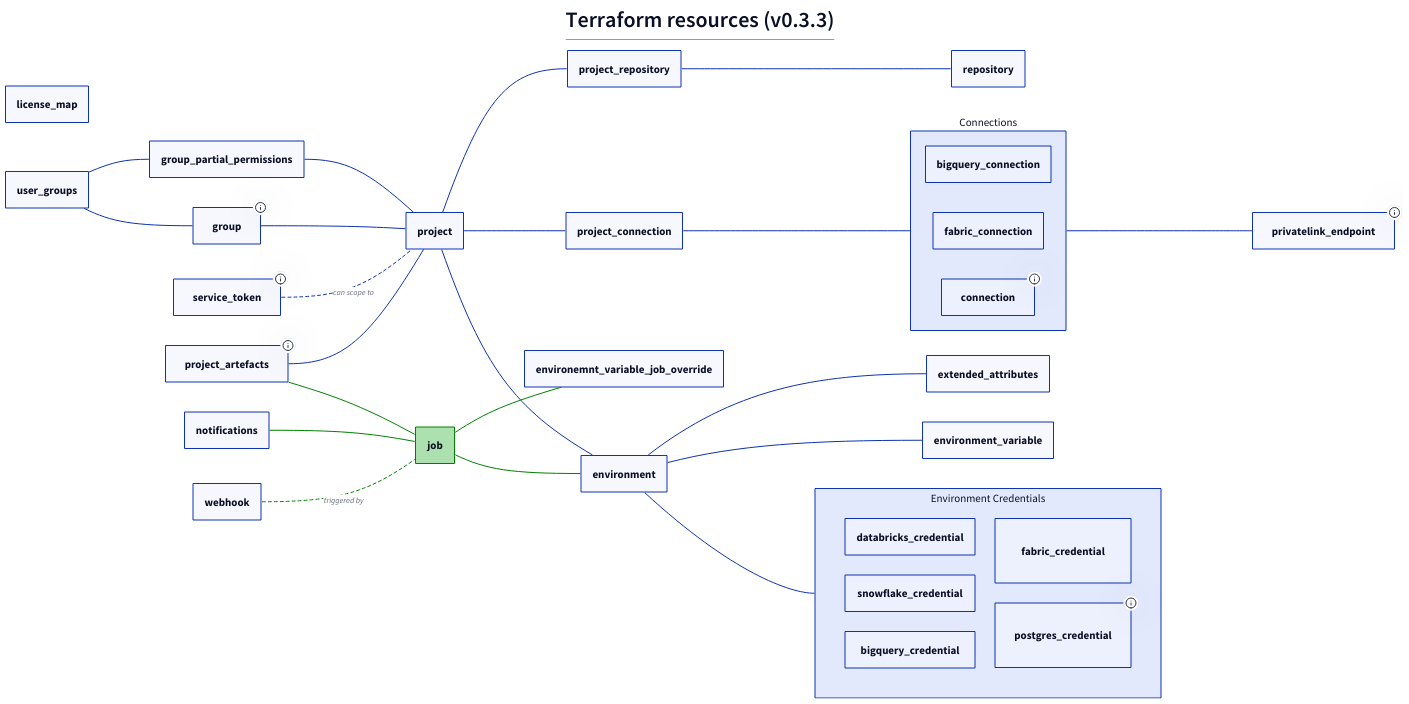
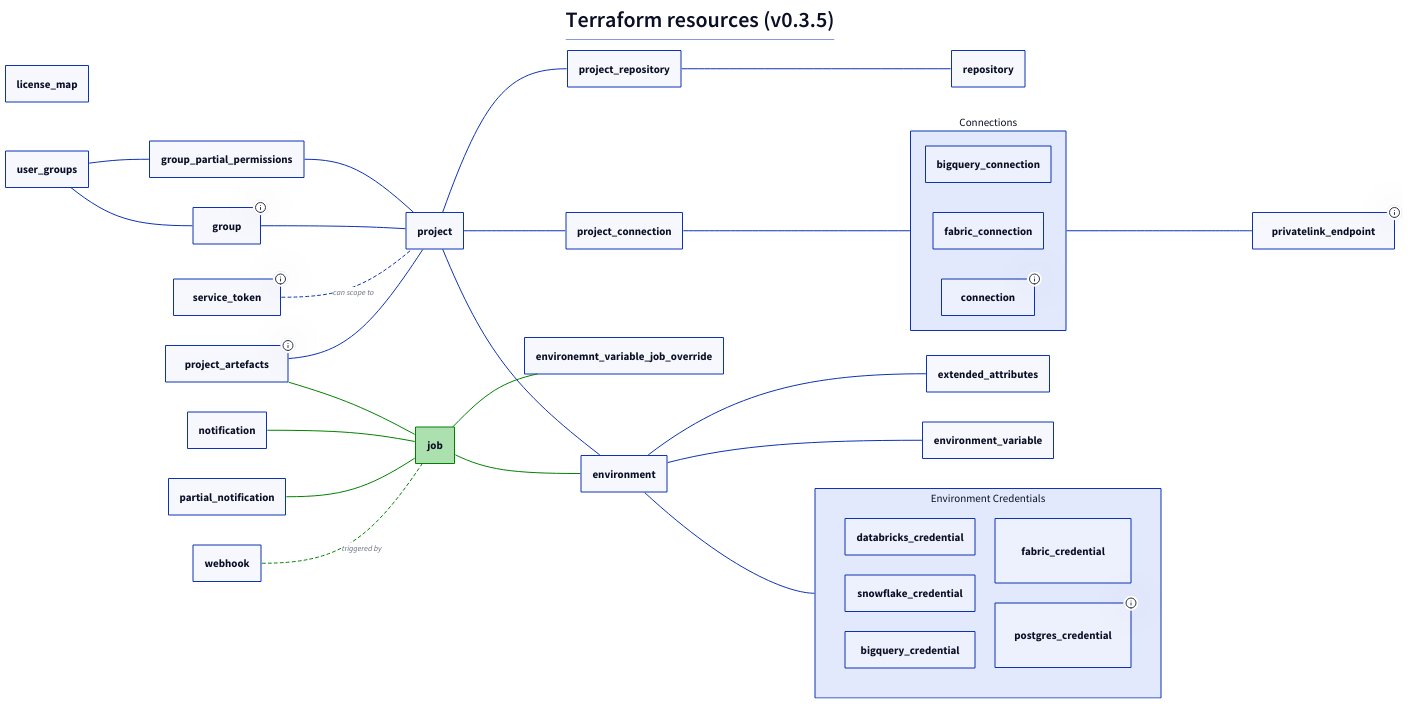
Before and after one commit to dbt-labs/terraform-provider-dbtcloud: the diagram in terraform_resources.d2, drawn with D2. The commit also changed 52 other files, not shown here.

```diff
--- a/terraform_resources.d2
+++ b/terraform_resources.d2
@@ -1,71 +1,72 @@
 *.style.font-size: 22
 *.*.style.font-size: 22
 
 title: |md
-  # Terraform resources (v0.3.3)
+  # Terraform resources (v0.3.5)
 | {near: top-center}
 
 direction: right
 
 
 license_map
 
 privatelink_endpoint: {tooltip: Datasource only}
 group: {tooltip: Group permissions as well}
 group_partial_permissions
 service_token: {tooltip: Permissions as well}
 project_artefacts: {tooltip: For setting the project docs and source freshness}
 job: {
   style: {
     fill: "#ACE1AF"
     stroke: green
   }
 }
 
 conns: Connections {
   bigquery_connection
   fabric_connection
   connection: {tooltip: Works for Snowflake, Redshift, Postgres and Databricks}
 }
 
 env_creds: Environment Credentials {
   grid-columns: 2
   databricks_credential
   snowflake_credential
   bigquery_credential
   fabric_credential
   postgres_credential: {tooltip: Is used for Redshift as well}
 }
 
 service_token -- project: can scope to {
   style: {
     stroke-dash: 3
   }
 }
 group -- project
 group_partial_permissions -- project
 user_groups -- group
 user_groups -- group_partial_permissions
 project -- environment
 job -- environment
 job -- environemnt_variable_job_override
-notifications -- job
+notification -- job
+partial_notification -- job
 project_artefacts -- job
 
 project_artefacts -- project
 webhook -- job: triggered by {
   style: {
     stroke-dash: 3
   }
 }
 environment -- env_creds
 project -- project_connection
 project_connection -- conns
 conns -- privatelink_endpoint
 project -- project_repository
 project_repository -- repository
 environment -- environment_variable
 environment -- extended_attributes
 
 (job -- *)[*].style.stroke: green
 (* -- job)[*].style.stroke: green
```
